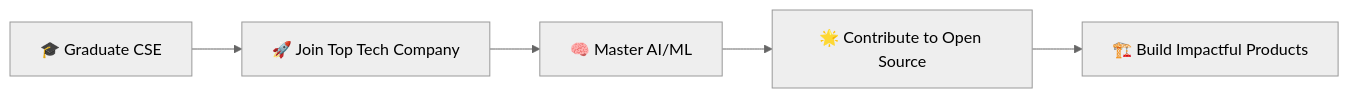
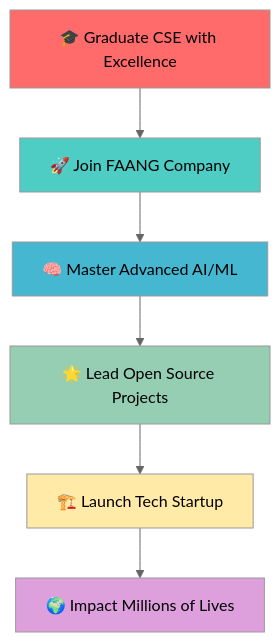
The diagram in README.md (adityadhimaann/adityadhimaann), drawn with Mermaid (neutral theme) before and after one commit. The commit also changed other lines of this file, not shown here.

````diff
--- a/README.md
+++ b/README.md
@@ -244,7 +469,15 @@
 ```mermaid
-graph LR
-    A[🎓 Graduate CSE] --> B[🚀 Join Top Tech Company]
-    B --> C[🧠 Master AI/ML]
-    C --> D[🌟 Contribute to Open Source]
-    D --> E[🏗️ Build Impactful Products]
+graph TD
+    A[🎓 Graduate CSE with Excellence] --> B[🚀 Join FAANG Company]
+    B --> C[🧠 Master Advanced AI/ML]
+    C --> D[🌟 Lead Open Source Projects]
+    D --> E[🏗️ Launch Tech Startup]
+    E --> F[🌍 Impact Millions of Lives]
+    
+    style A fill:#FF6B6B
+    style B fill:#4ECDC4
+    style C fill:#45B7D1
+    style D fill:#96CEB4
+    style E fill:#FFEAA7
+    style F fill:#DDA0DD
 ```
````
